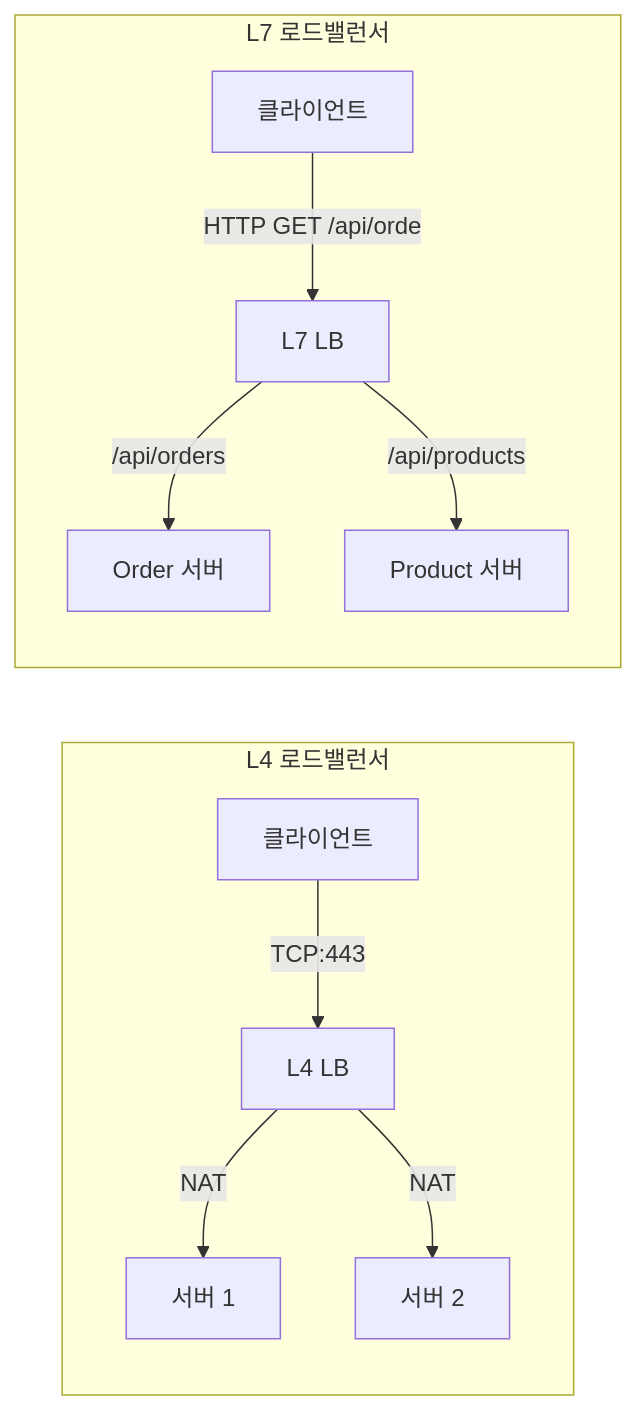
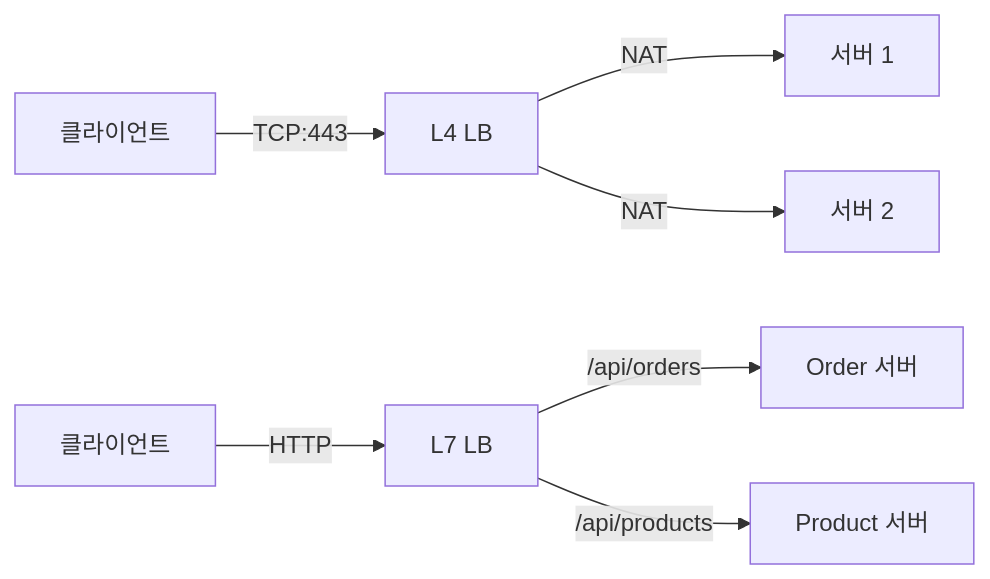
Before and after one commit to yjkim2015/yjkim2015.github.io: the second of 8 diagrams in _posts/network/2026-05-01-load-balancer.md, drawn with Mermaid. The commit also changed other lines of this file and 155 other files, not shown here.

First line of the commit message:
Mermaid 전면 수정: subgraph 제거, participant/노드/줄수 축소 (342블록)

````diff
--- a/_posts/network/2026-05-01-load-balancer.md
+++ b/_posts/network/2026-05-01-load-balancer.md
@@ -141,13 +141,9 @@
 ```mermaid
 graph LR
-    subgraph "L4 로드밸런서"
-        C1["클라이언트"] -->|"TCP:443"| L4LB["L4 LB"]
-        L4LB -->|"NAT"| S1A["서버 1"]
-        L4LB -->|"NAT"| S1B["서버 2"]
-    end
-    subgraph "L7 로드밸런서"
-        C2["클라이언트"] -->|"HTTP GET /api/orde"| L7LB["L7 LB"]
-        L7LB -->|"/api/orders"| S2A["Order 서버"]
-        L7LB -->|"/api/products"| S2B["Product 서버"]
-    end
+    C1["클라이언트"] -->|TCP:443| L4LB["L4 LB"]
+    L4LB -->|NAT| S1A["서버 1"]
+    L4LB -->|NAT| S1B["서버 2"]
+    C2["클라이언트"] -->|HTTP| L7LB["L7 LB"]
+    L7LB -->|/api/orders| S2A["Order 서버"]
+    L7LB -->|/api/products| S2B["Product 서버"]
 ```
````
